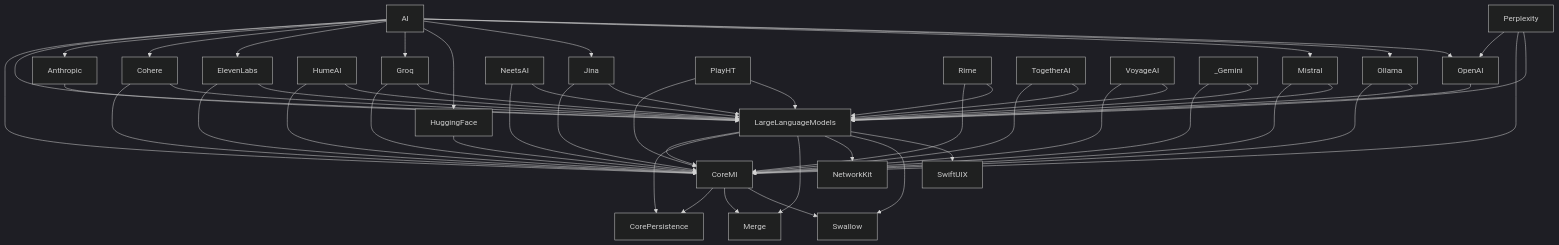
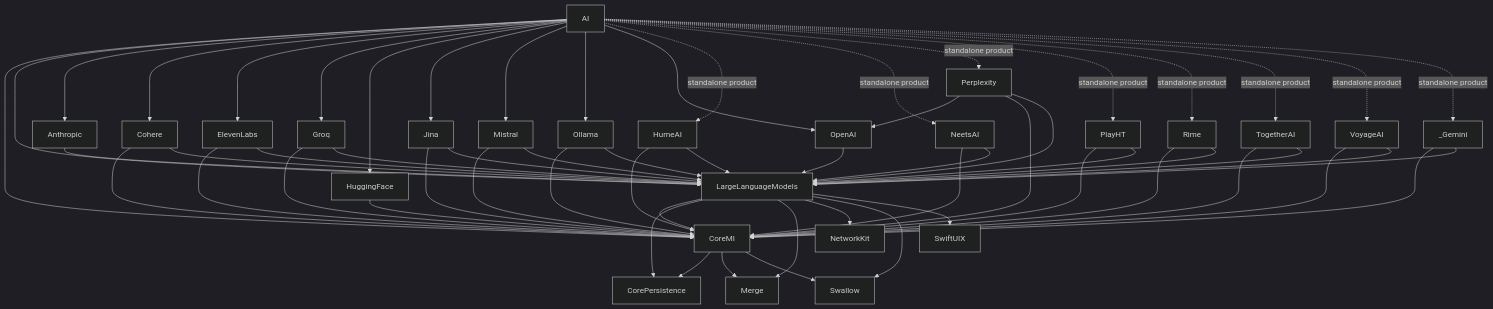
Before and after one commit to 5hy7xz92nd-oss/ai: the diagram in docs/ARCHITECTURE.md, drawn with Mermaid (dark theme).

Commit message:
Annotate standalone providers in dependency graph

````diff
--- a/docs/ARCHITECTURE.md
+++ b/docs/ARCHITECTURE.md
@@ -18,60 +18,69 @@
 ```mermaid
 graph TD
     CoreMI --> CorePersistence
     CoreMI --> Merge
     CoreMI --> Swallow
 
     LargeLanguageModels --> CoreMI
     LargeLanguageModels --> CorePersistence
     LargeLanguageModels --> Merge
     LargeLanguageModels --> NetworkKit
     LargeLanguageModels --> Swallow
     LargeLanguageModels --> SwiftUIX
 
     Anthropic --> LargeLanguageModels
     OpenAI --> LargeLanguageModels
     HuggingFace --> CoreMI
 
     Cohere --> CoreMI
     Cohere --> LargeLanguageModels
     ElevenLabs --> CoreMI
     ElevenLabs --> LargeLanguageModels
     Groq --> CoreMI
     Groq --> LargeLanguageModels
     HumeAI --> CoreMI
     HumeAI --> LargeLanguageModels
     Jina --> CoreMI
     Jina --> LargeLanguageModels
     Mistral --> CoreMI
     Mistral --> LargeLanguageModels
     NeetsAI --> CoreMI
     NeetsAI --> LargeLanguageModels
     Ollama --> CoreMI
     Ollama --> LargeLanguageModels
     PlayHT --> CoreMI
     PlayHT --> LargeLanguageModels
     Rime --> CoreMI
     Rime --> LargeLanguageModels
     TogetherAI --> CoreMI
     TogetherAI --> LargeLanguageModels
     VoyageAI --> CoreMI
     VoyageAI --> LargeLanguageModels
     _Gemini --> CoreMI
     _Gemini --> LargeLanguageModels
 
     Perplexity --> OpenAI
     Perplexity --> CoreMI
     Perplexity --> LargeLanguageModels
 
     AI --> CoreMI
     AI --> LargeLanguageModels
     AI --> Anthropic
     AI --> Cohere
     AI --> ElevenLabs
     AI --> Groq
     AI --> HuggingFace
     AI --> Jina
     AI --> Mistral
     AI --> Ollama
     AI --> OpenAI
+
+    AI -. standalone product .-> HumeAI
+    AI -. standalone product .-> NeetsAI
+    AI -. standalone product .-> Perplexity
+    AI -. standalone product .-> PlayHT
+    AI -. standalone product .-> Rime
+    AI -. standalone product .-> TogetherAI
+    AI -. standalone product .-> VoyageAI
+    AI -. standalone product .-> _Gemini
 ```
````
